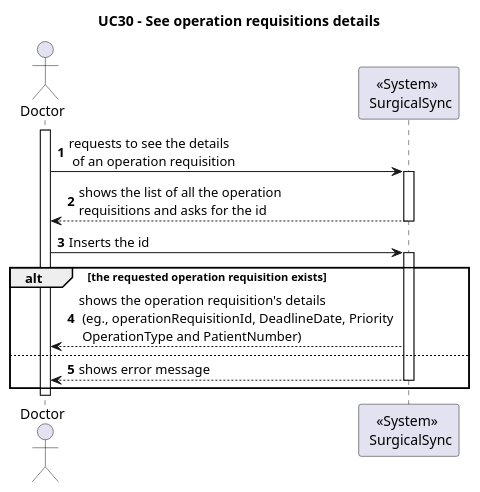
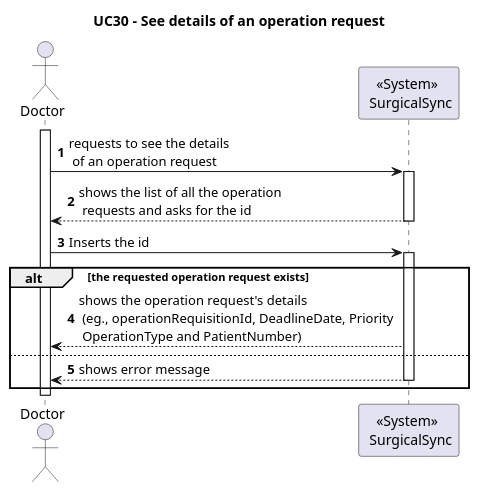
The diagram in Wiki/SprintA/diagrams/use-cases/30-see-operation-requests-details/level1/process-view.puml (MiguelCardoso77/SurgicalSync-BackEnd), drawn with PlantUML before and after one commit. The commit also changed 17 other files, not shown here.

```diff
--- a/Wiki/SprintA/diagrams/use-cases/30-see-operation-requests-details/level1/process-view.puml
+++ b/Wiki/SprintA/diagrams/use-cases/30-see-operation-requests-details/level1/process-view.puml
@@ -1,37 +1,37 @@
 @startuml
 autonumber
 
-Title "UC30 - See operation requisitions details"
+Title "UC30 - See details of an operation request"
 
 actor "Doctor" as D
 participant "<<System>> \n SurgicalSync" as SYSTEM
 
 activate D
 
-D -> SYSTEM: requests to see the details \n of an operation requisition
+D -> SYSTEM: requests to see the details \n of an operation request
 
     activate SYSTEM
     
-    SYSTEM --> D: shows the list of all the operation \nrequisitions and asks for the id 
+    SYSTEM --> D: shows the list of all the operation \n requests and asks for the id 
     
     deactivate SYSTEM
     
     D -> SYSTEM : Inserts the id
 
-    alt the requested operation requisition exists 
+    alt the requested operation request exists 
     
     activate SYSTEM
     
-    SYSTEM --> D: shows the operation requisition's details \n (eg., operationRequisitionId, DeadlineDate, Priority \n OperationType and PatientNumber)
+    SYSTEM --> D: shows the operation request's details \n (eg., operationRequisitionId, DeadlineDate, Priority \n OperationType and PatientNumber)
 
     else
     
     SYSTEM --> D : shows error message
     
     deactivate SYSTEM
     
     end
     
 deactivate D
 
 @enduml
```
